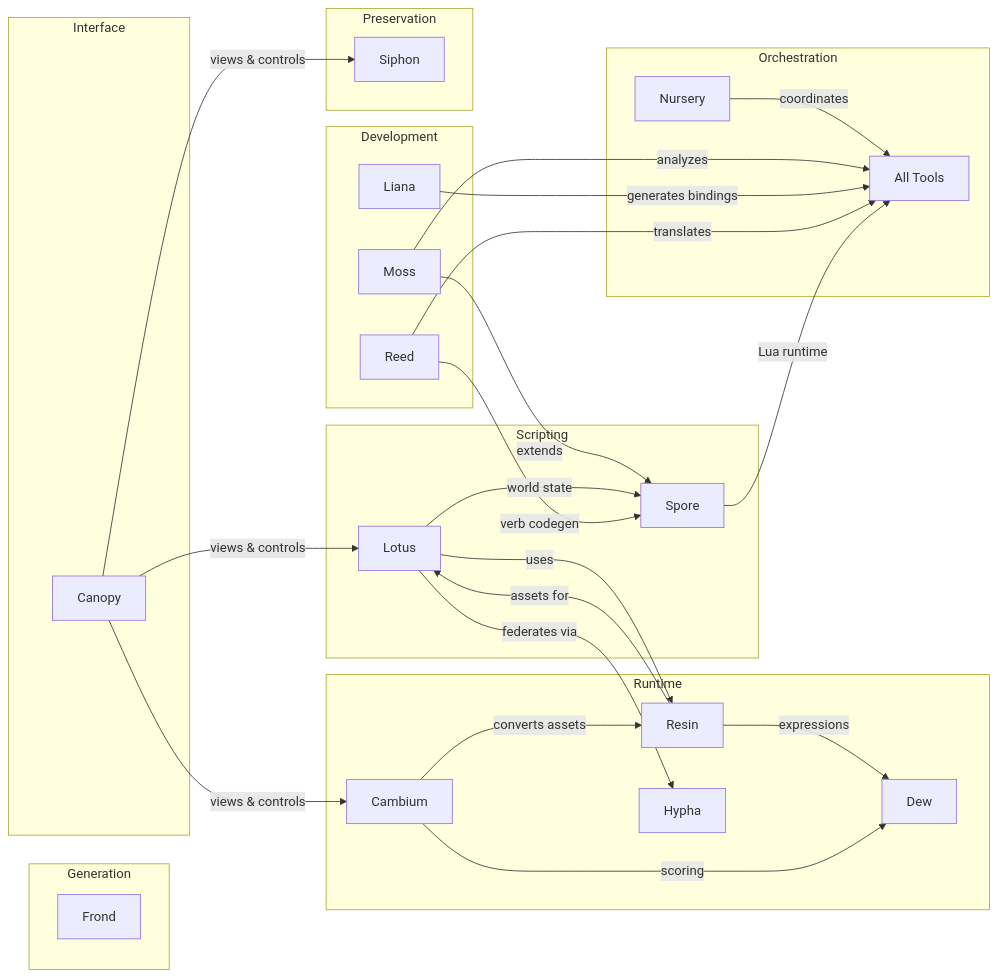
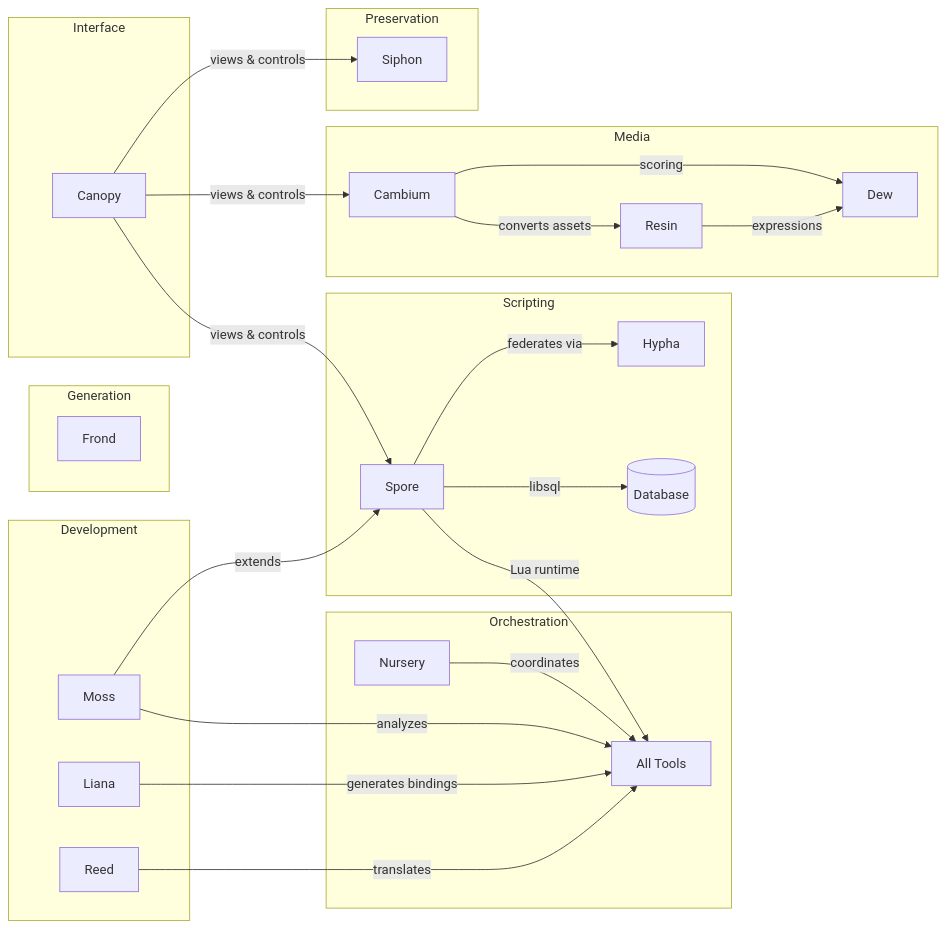
Before and after one commit to rhi-zone/rhi-zone.github.io: the diagram in docs/about.md, drawn with Mermaid. The commit also changed other lines of this file and 6 other files, not shown here.

````diff
--- a/docs/about.md
+++ b/docs/about.md
@@ -77,36 +76,33 @@
 ```mermaid
 graph LR
     subgraph "Orchestration"
         N[Nursery] --> |coordinates| ALL[All Tools]
     end
     subgraph "Development"
         M[Moss] --> |analyzes| ALL
         LI[Liana] --> |generates bindings| ALL
         RE[Reed] --> |translates| ALL
     end
     subgraph "Scripting"
         S[Spore] --> |Lua runtime| ALL
         M --> |extends| S
-        L --> |world state| S
-        RE --> |verb codegen| S
+        S --> |libsql| DB[(Database)]
+        S --> |federates via| H[Hypha]
     end
-    subgraph "Runtime"
-        L[Lotus] --> |uses| R[Resin]
-        L --> |federates via| H[Hypha]
-        R --> |expressions| D[Dew]
-        R --> |assets for| L
+    subgraph "Media"
+        R[Resin] --> |expressions| D[Dew]
         CA[Cambium] --> |converts assets| R
         CA --> |scoring| D
     end
     subgraph "Generation"
         F[Frond]
     end
     subgraph "Preservation"
         W[Siphon]
     end
     subgraph "Interface"
-        CN[Canopy] --> |views & controls| L
+        CN[Canopy] --> |views & controls| S
         CN --> |views & controls| CA
         CN --> |views & controls| W
     end
 ```
````
